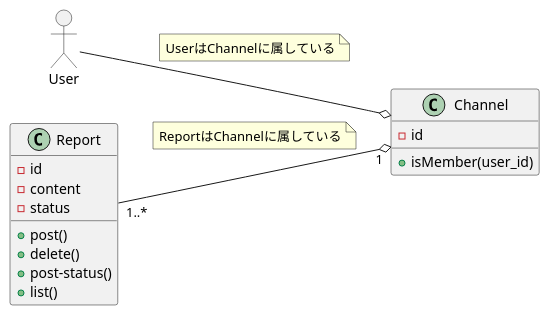
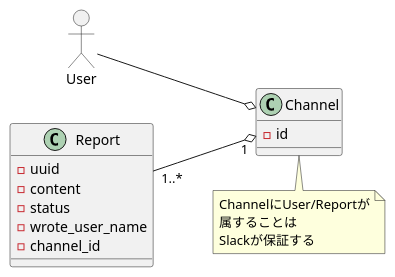
Before and after one commit to ito-masam/kpt-guard.doc: the diagram in 1.design/1.domain/domain.md, drawn with PlantUML. The commit also changed 9 other files, not shown here.

```diff
--- a/1.design/1.domain/domain.md
+++ b/1.design/1.domain/domain.md
@@ -1,32 +1,28 @@
 @startuml
 
     left to right direction
 
     mix_actor User
 
     class Report {
-      - id
+      - uuid
       - content
       - status
-      + post()
-      + delete()
-      + post-status()
-      + list()
+      - wrote_user_name
+      - channel_id
     }
 
     class Channel {
       - id
-      + isMember(user_id)
+    }
+    note bottom of Channel {
+      ChannelにUser/Reportが
+      属することは
+      Slackが保証する
     }
 
     User --o Channel
-    note on link
-      UserはChannelに属している
-    end note
 
     Report "1..*" --o "1" Channel
-    note on link
-      ReportはChannelに属している
-    end note
 
 @enduml
```
